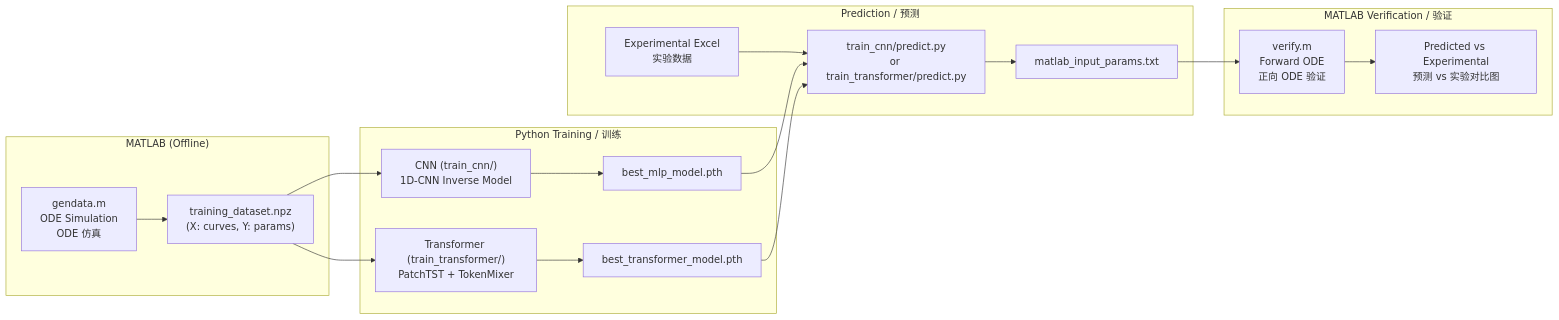
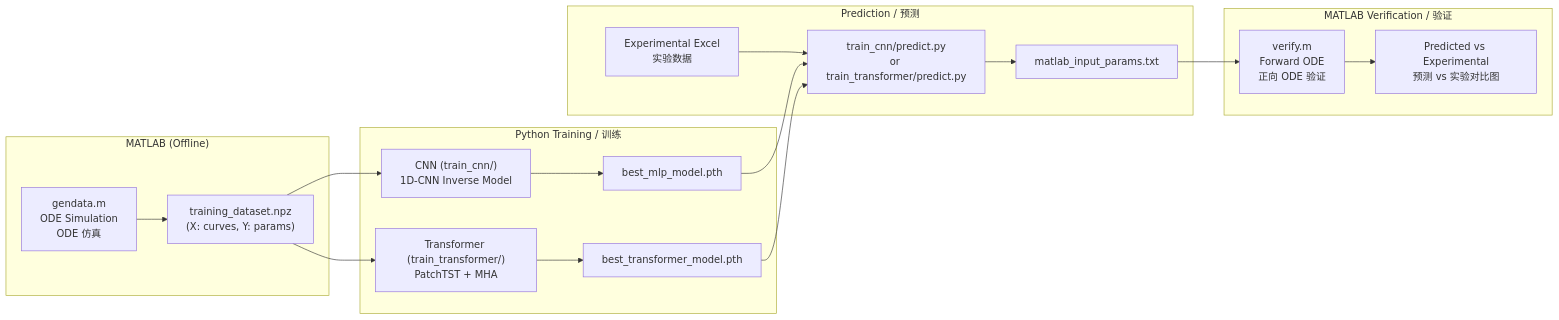
Before and after one commit to GBGBGB780/MechineLearning_for_DNAwalker: the diagram in README.md, drawn with Mermaid. The commit also changed other lines of this file and 12 other files, not shown here.

````diff
--- a/README.md
+++ b/README.md
@@ -56,25 +51,25 @@
 ```mermaid
 flowchart LR
     subgraph MATLAB ["MATLAB (Offline)"]
         A["gendata.m<br/>ODE Simulation<br/>ODE 仿真"] --> B["training_dataset.npz<br/>(X: curves, Y: params)"]
     end
 
     subgraph Training ["Python Training / 训练"]
         B --> C["CNN (train_cnn/)<br/>1D-CNN Inverse Model"]
-        B --> D["Transformer (train_transformer/)<br/>PatchTST + TokenMixer"]
+        B --> D["Transformer (train_transformer/)<br/>PatchTST + MHA"]
         C --> E["best_mlp_model.pth"]
         D --> F["best_transformer_model.pth"]
     end
 
     subgraph Inference ["Prediction / 预测"]
         G["Experimental Excel<br/>实验数据"] --> H["train_cnn/predict.py<br/>or train_transformer/predict.py"]
         E --> H
         F --> H
         H --> I["matlab_input_params.txt"]
     end
 
     subgraph Verification ["MATLAB Verification / 验证"]
         I --> J["verify.m<br/>Forward ODE<br/>正向 ODE 验证"]
         J --> K["Predicted vs Experimental<br/>预测 vs 实验对比图"]
     end
 ```
````
